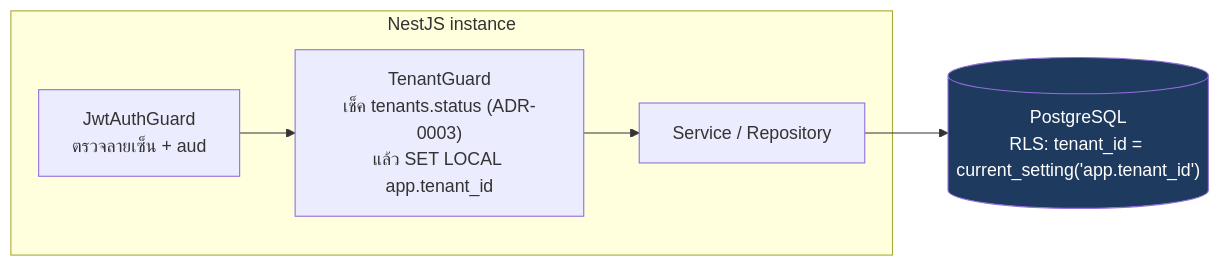
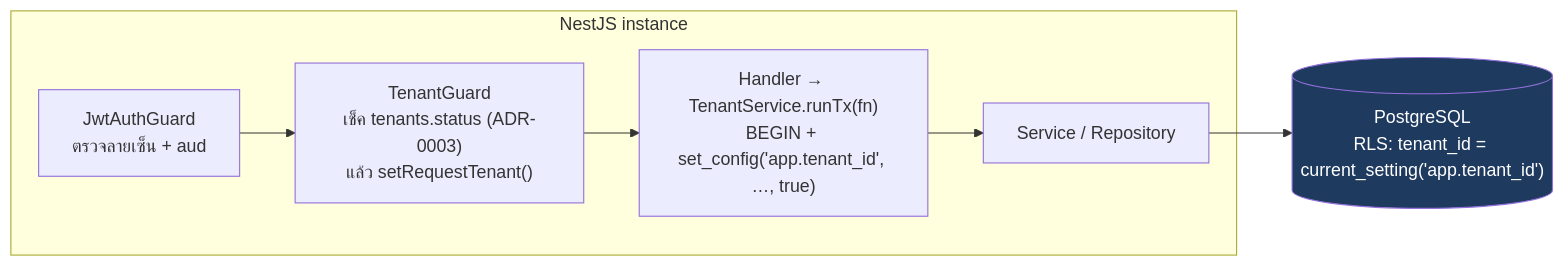
One commit to NuimanLP/srisurart-pos-flutter changed the first of 6 diagrams in docs/Backend_design/01_DATABASE.md. Above: the diagram before and after it, drawn with Mermaid. The commit also changed other lines of this file and 15 other files, not shown here.

````diff
--- a/docs/Backend_design/01_DATABASE.md
+++ b/docs/Backend_design/01_DATABASE.md
@@ -55,9 +60,10 @@
 ```mermaid
 flowchart LR
   subgraph app["NestJS instance"]
-    G["JwtAuthGuard<br/>ตรวจลายเซ็น + aud"] --> T["TenantGuard<br/>เช็ค tenants.status (ADR-0003)<br/>แล้ว SET LOCAL app.tenant_id"]
-    T --> S["Service / Repository"]
+    G["JwtAuthGuard<br/>ตรวจลายเซ็น + aud"] --> T["TenantGuard<br/>เช็ค tenants.status (ADR-0003)<br/>แล้ว setRequestTenant()"]
+    T --> H["Handler → TenantService.runTx(fn)<br/>BEGIN + set_config('app.tenant_id', …, true)"]
+    H --> S["Service / Repository"]
   end
   S --> PG[("PostgreSQL<br/>RLS: tenant_id = current_setting('app.tenant_id')")]
   style PG fill:#1e3a5f,color:#fff
 ```
````
